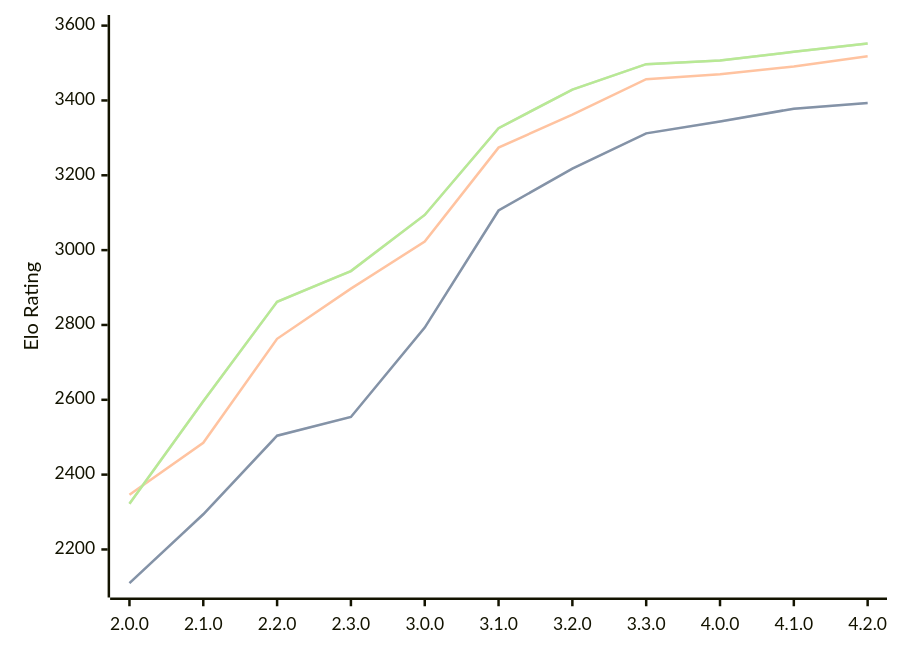
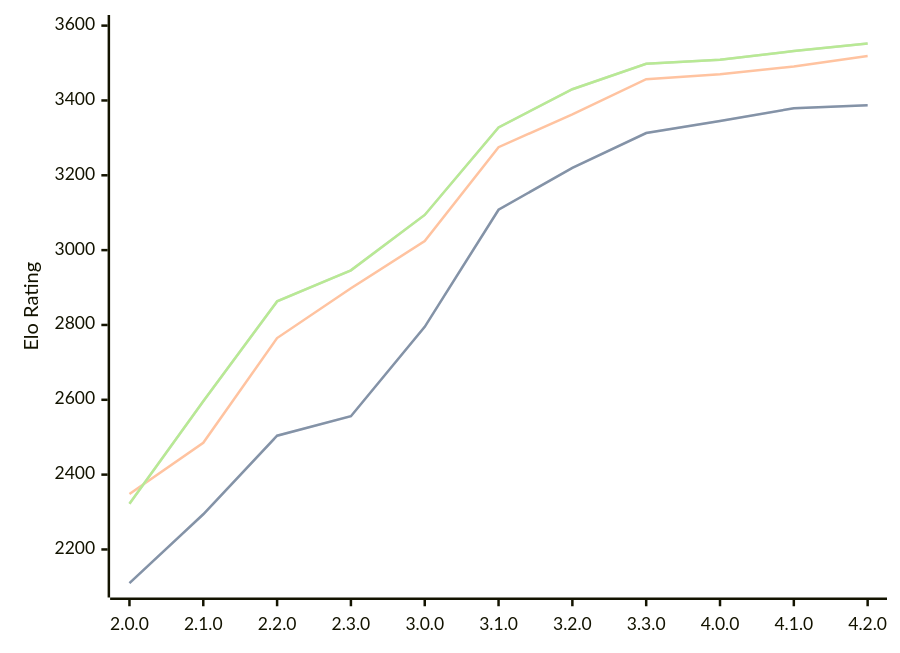
Before and after one commit to computer-chess-index/cci: the diagram in engines/Raphael.md, drawn with Mermaid. The commit also changed other lines of this file, not shown here.

Commit message:
Update CCI Ratings (ELO VLTC) - 2026-07-25

````diff
--- a/engines/Raphael.md
+++ b/engines/Raphael.md
@@ -53,11 +53,11 @@
 ```mermaid
 %%{init: {"theme":"base","themeVariables":{"seriesColors:['#a3a3a3','#222221','#faa371']}}}%%
 xychart-beta
   x-axis ["2.0.0", "2.1.0", "2.2.0", "2.3.0", "3.0.0", "3.1.0", "3.2.0", "3.3.0", "4.0.0", "4.1.0", "4.2.0"]
   y-axis "Elo Rating" 2100 --> 3600
-  line "STC (8.0+0.08s)" [2110, 2294, 2504, 2554, 2793, 3106, 3218, 3312, 3344, 3378, 3393]
-  line "STC (8.0+0.08s)" [2110, 2294, 2504, 2554, 2793, 3106, 3218, 3312, 3344, 3378, 3393]
-  line "LTC (60.0+0.60s)" [2346, 2485, 2763, 2897, 3023, 3274, 3362, 3457, 3470, 3491, 3518]
-  line "VLTC (2m24s+1.12s)" [2322, 2596, 2862, 2944, 3094, 3326, 3429, 3497, 3507, 3530, 3552]
-  line "VLTC (2m24s+1.12s)" [2322, 2596, 2862, 2944, 3094, 3326, 3429, 3497, 3507, 3530, 3552]
+  line "STC (8.0+0.08s)" [2110, 2294, 2504, 2556, 2795, 3108, 3220, 3313, 3345, 3379, 3387]
+  line "STC (8.0+0.08s)" [2110, 2294, 2504, 2556, 2795, 3108, 3220, 3313, 3345, 3379, 3387]
+  line "LTC (60.0+0.60s)" [2348, 2485, 2765, 2898, 3024, 3275, 3363, 3457, 3470, 3491, 3519]
+  line "VLTC (2m24s+1.12s)" [2322, 2596, 2863, 2946, 3094, 3328, 3430, 3498, 3509, 3532, 3552]
+  line "VLTC (2m24s+1.12s)" [2322, 2596, 2863, 2946, 3094, 3328, 3430, 3498, 3509, 3532, 3552]
 ```
````
